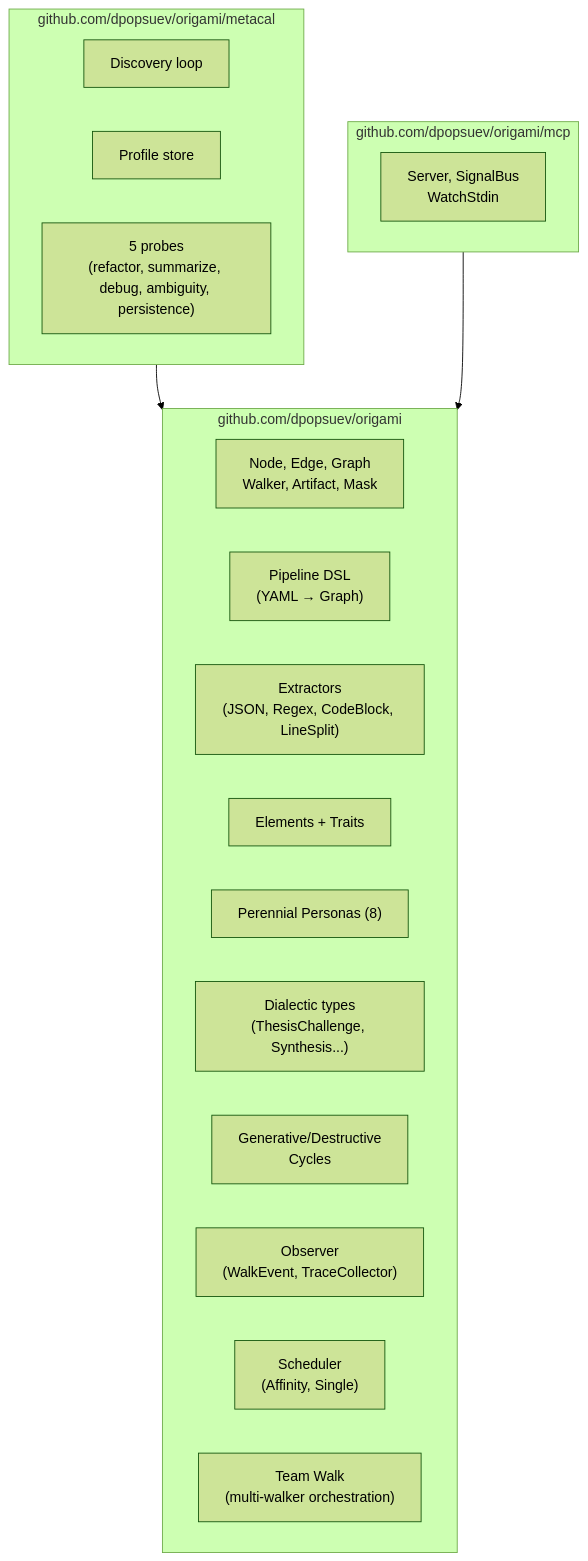
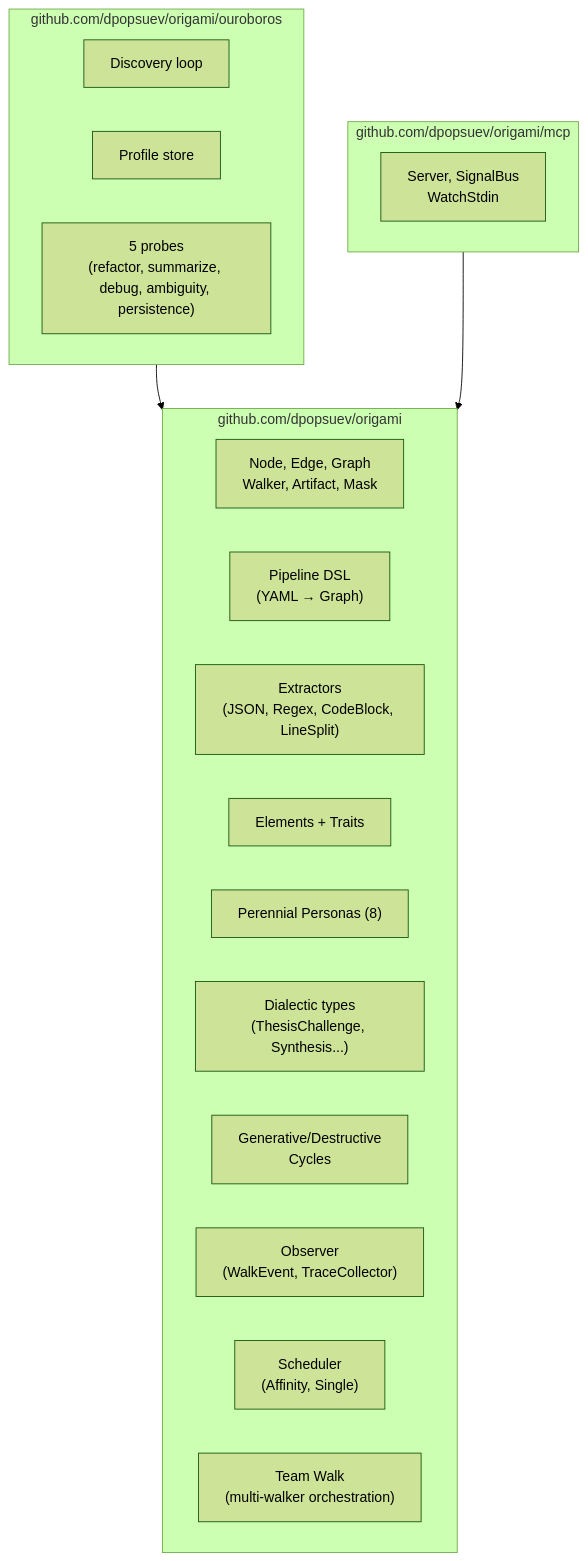
The diagram in .cursor/docs/architecture.md (dpopsuev/origami), drawn with Mermaid (forest theme) before and after one commit. The commit also changed other lines of this file and 107 other files, not shown here.

First line of the commit message:
refactor(origami): rename metacal -> ouroboros across packages and CLI

````diff
--- a/.cursor/docs/architecture.md
+++ b/.cursor/docs/architecture.md
@@ -9,28 +9,28 @@
 ```mermaid
 flowchart TD
     subgraph origami ["github.com/dpopsuev/origami"]
         Interfaces["Node, Edge, Graph\nWalker, Artifact, Mask"]
         DSL["Pipeline DSL\n(YAML → Graph)"]
         Extractors["Extractors\n(JSON, Regex, CodeBlock, LineSplit)"]
         Elements["Elements + Traits"]
         Personas["Perennial Personas (8)"]
         Dialectic["Dialectic types\n(ThesisChallenge, Synthesis...)"]
         Cycles["Generative/Destructive\nCycles"]
         Obs["Observer\n(WalkEvent, TraceCollector)"]
         Sched["Scheduler\n(Affinity, Single)"]
         TeamW["Team Walk\n(multi-walker orchestration)"]
     end
 
     subgraph mcp_pkg ["github.com/dpopsuev/origami/mcp"]
         MCPServer["Server, SignalBus\nWatchStdin"]
     end
 
-    subgraph metacal_pkg ["github.com/dpopsuev/origami/metacal"]
+    subgraph ouroboros_pkg ["github.com/dpopsuev/origami/ouroboros"]
         Discovery["Discovery loop"]
         Profiles["Profile store"]
         Probes["5 probes\n(refactor, summarize, debug, ambiguity, persistence)"]
     end
 
-    metacal_pkg --> origami
+    ouroboros_pkg --> origami
     mcp_pkg --> origami
 ```
````
